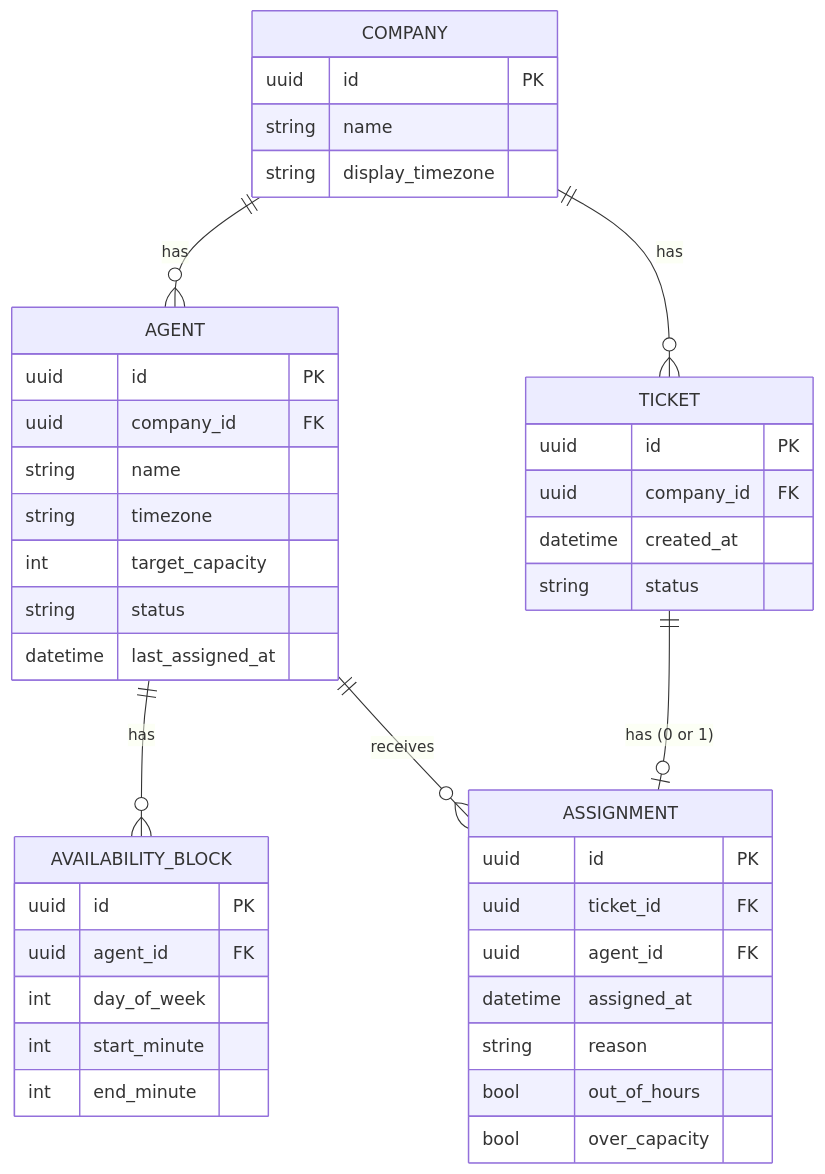
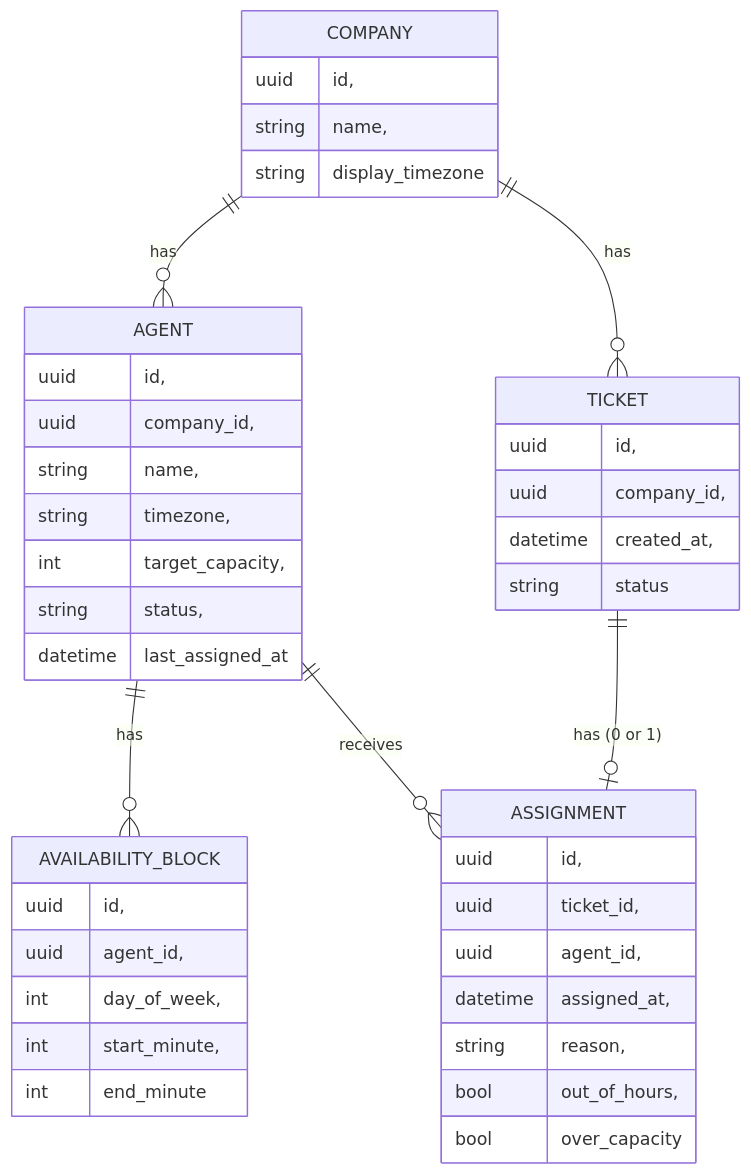
The diagram in implementation.md (deekshant4758/support-ticket-assignment), drawn with Mermaid before and after one commit. The commit also changed other lines of this file, not shown here.

````diff
--- a/implementation.md
+++ b/implementation.md
@@ -23,45 +5,14 @@
 ```mermaid
 erDiagram
     COMPANY ||--o{ AGENT : has
     COMPANY ||--o{ TICKET : has
     AGENT ||--o{ AVAILABILITY_BLOCK : has
     AGENT ||--o{ ASSIGNMENT : receives
     TICKET ||--o| ASSIGNMENT : "has (0 or 1)"
 
-    COMPANY {
-        uuid id PK
-        string name
-        string display_timezone
-    }
-    AGENT {
-        uuid id PK
-        uuid company_id FK
-        string name
-        string timezone
-        int target_capacity
-        string status
-        datetime last_assigned_at
-    }
-    AVAILABILITY_BLOCK {
-        uuid id PK
-        uuid agent_id FK
-        int day_of_week
-        int start_minute
-        int end_minute
-    }
-    TICKET {
-        uuid id PK
-        uuid company_id FK
-        datetime created_at
-        string status
-    }
-    ASSIGNMENT {
-        uuid id PK
-        uuid ticket_id FK
-        uuid agent_id FK
-        datetime assigned_at
-        string reason
-        bool out_of_hours
-        bool over_capacity
-    }
+    COMPANY { uuid id, string name, string display_timezone }
+    AGENT { uuid id, uuid company_id, string name, string timezone, int target_capacity, string status, datetime last_assigned_at }
+    AVAILABILITY_BLOCK { uuid id, uuid agent_id, int day_of_week, int start_minute, int end_minute }
+    TICKET { uuid id, uuid company_id, datetime created_at, string status }
+    ASSIGNMENT { uuid id, uuid ticket_id, uuid agent_id, datetime assigned_at, string reason, bool out_of_hours, bool over_capacity }
 ```
````
